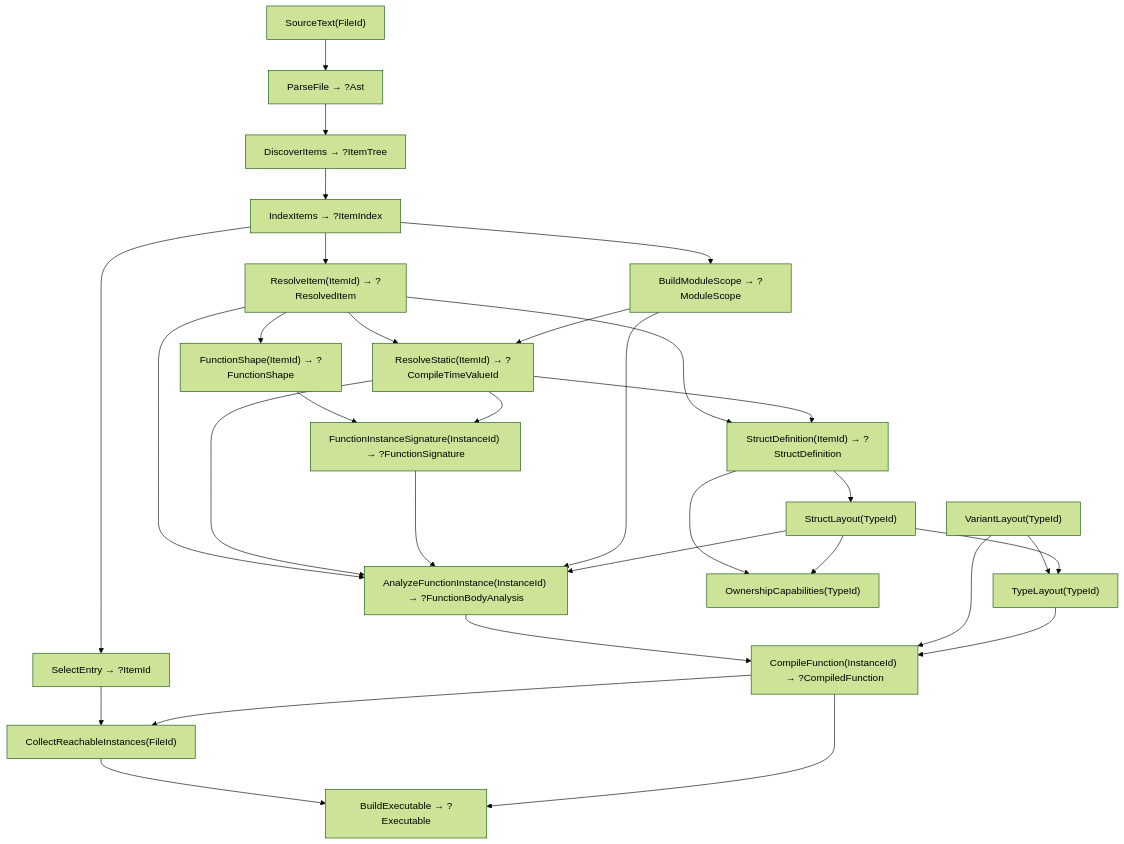
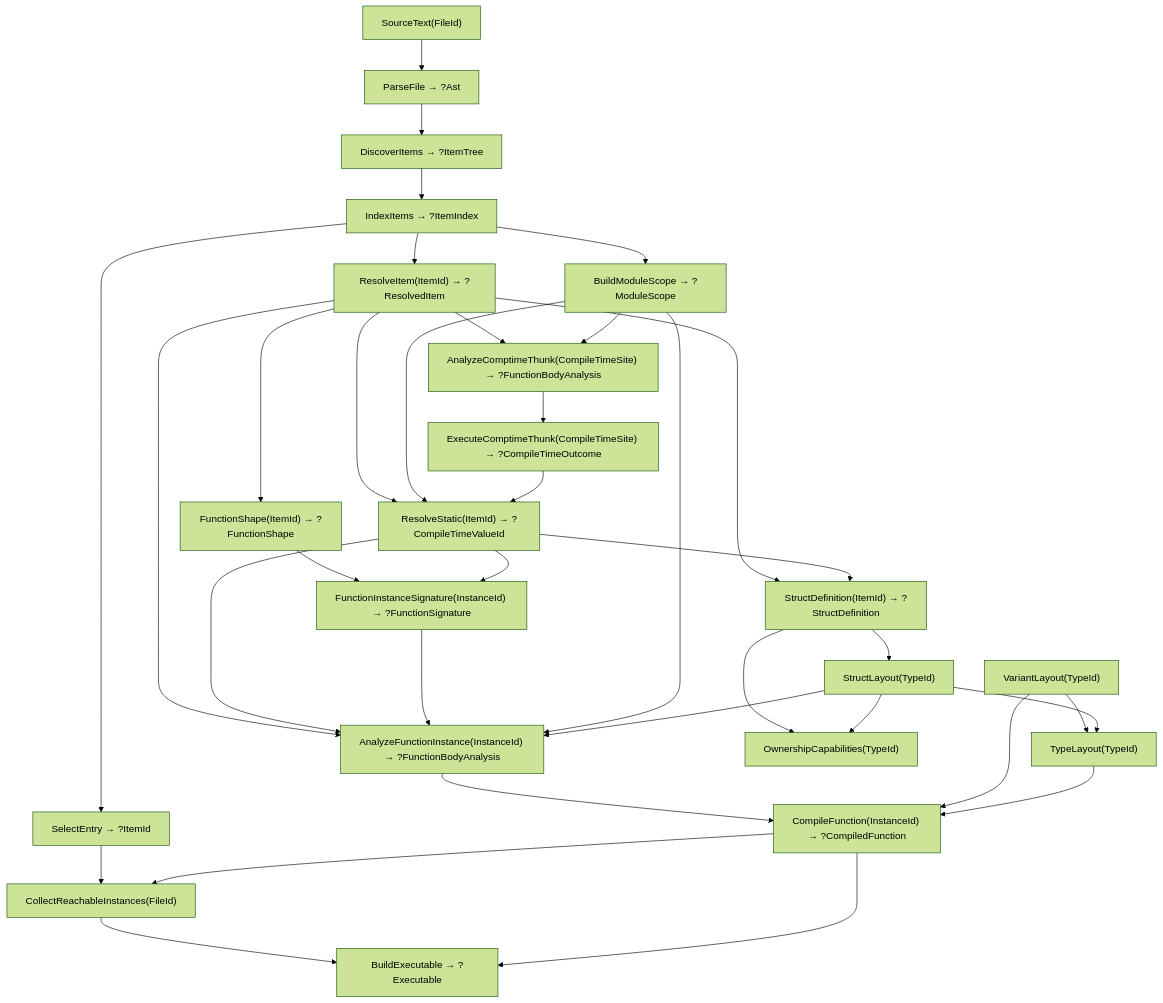
The diagram in PROGRAM_FLOW.md (Pippepot/chimera-lang), drawn with Mermaid (forest theme) before and after one commit. The commit also changed other lines of this file and 16 other files, not shown here.

````diff
--- a/PROGRAM_FLOW.md
+++ b/PROGRAM_FLOW.md
@@ -9,33 +9,37 @@
 ```mermaid
 flowchart TD
     ST["SourceText(FileId)"] --> PF["ParseFile → ?Ast"]
     PF --> DI["DiscoverItems → ?ItemTree"]
     DI --> IX["IndexItems → ?ItemIndex"]
     IX --> SE["SelectEntry → ?ItemId"]
     IX --> MS["BuildModuleScope → ?ModuleScope"]
     IX --> RI["ResolveItem(ItemId) → ?ResolvedItem"]
     RI --> RS["ResolveStatic(ItemId) → ?CompileTimeValueId"]
     MS --> RS
+    RI --> AT["AnalyzeComptimeThunk(CompileTimeSite) → ?FunctionBodyAnalysis"]
+    MS --> AT
+    AT --> ET["ExecuteComptimeThunk(CompileTimeSite) → ?CompileTimeOutcome"]
+    ET --> RS
     RI --> SD["StructDefinition(ItemId) → ?StructDefinition"]
     RS --> SD
     RI --> FH["FunctionShape(ItemId) → ?FunctionShape"]
     FH --> FS["FunctionInstanceSignature(InstanceId) → ?FunctionSignature"]
     RS --> FS
     RI --> AB["AnalyzeFunctionInstance(InstanceId) → ?FunctionBodyAnalysis"]
     RS --> AB
     FS --> AB
     MS --> AB
     AB --> CF["CompileFunction(InstanceId) → ?CompiledFunction"]
     VL["VariantLayout(TypeId)"] --> TL["TypeLayout(TypeId)"]
     SD --> SL["StructLayout(TypeId)"]
     SL --> TL
     SL --> AB
     SD --> OC["OwnershipCapabilities(TypeId)"]
     SL --> OC
     VL --> CF
     TL --> CF
     SE --> CR["CollectReachableInstances(FileId)"]
     CF --> CR
     CR --> BE["BuildExecutable → ?Executable"]
     CF --> BE
 ```
````
